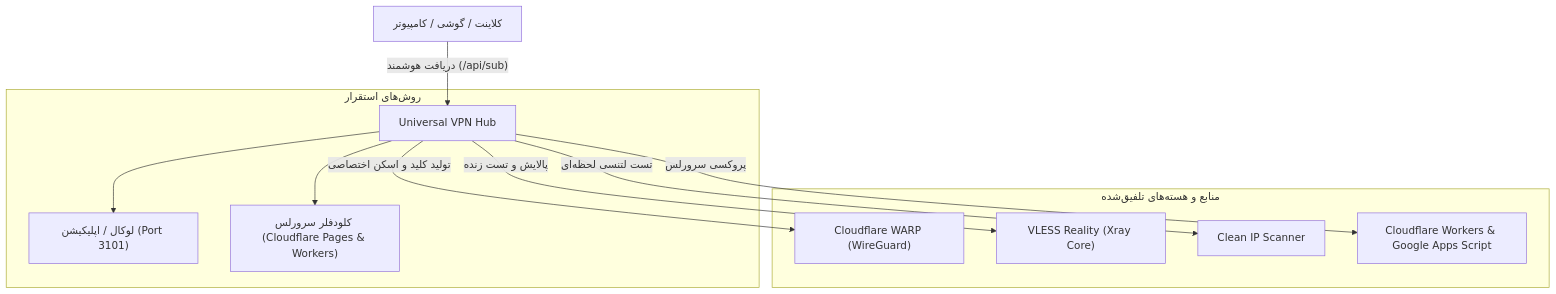
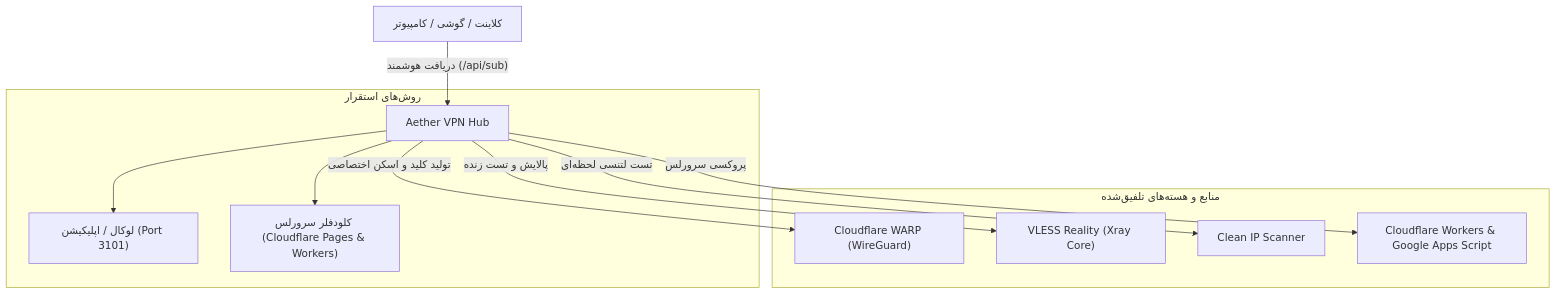
Before and after one commit to ark4ng3l/aether-vpn: the diagram in README.md, drawn with Mermaid. The commit also changed other lines of this file and 2 other files, not shown here.

Commit message:
refactor: rename project to Aether VPN and update all UI and docs branding

````diff
--- a/README.md
+++ b/README.md
@@ -12,16 +12,16 @@
 ```mermaid
 flowchart TD
-    User["کلاینت / گوشی / کامپیوتر"] -->|"دریافت هوشمند (/api/sub)"| Hub["Universal VPN Hub"]
+    User["کلاینت / گوشی / کامپیوتر"] -->|"دریافت هوشمند (/api/sub)"| Hub["Aether VPN Hub"]
     
     subgraph DeployOptions["روش‌های استقرار"]
         Hub --> Local["لوکال / اپلیکیشن (Port 3101)"]
         Hub --> CF["کلودفلر سرورلس (Cloudflare Pages & Workers)"]
     end
 
     subgraph FreeResources["منابع و هسته‌های تلفیق‌شده"]
         Hub -->|"تولید کلید و اسکن اختصاصی"| W["Cloudflare WARP (WireGuard)"]
         Hub -->|"پالایش و تست زنده"| R["VLESS Reality (Xray Core)"]
         Hub -->|"تست لتنسی لحظه‌ای"| CIP["Clean IP Scanner"]
         Hub -->|"پروکسی سرورلس"| WRK["Cloudflare Workers & Google Apps Script"]
     end
 ```
````
